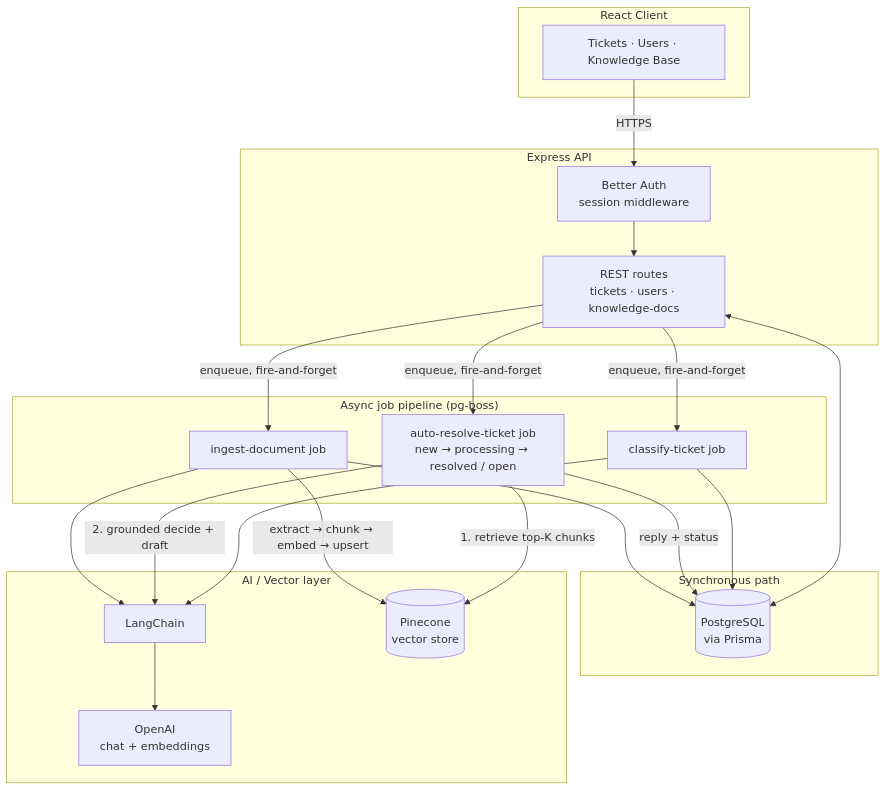
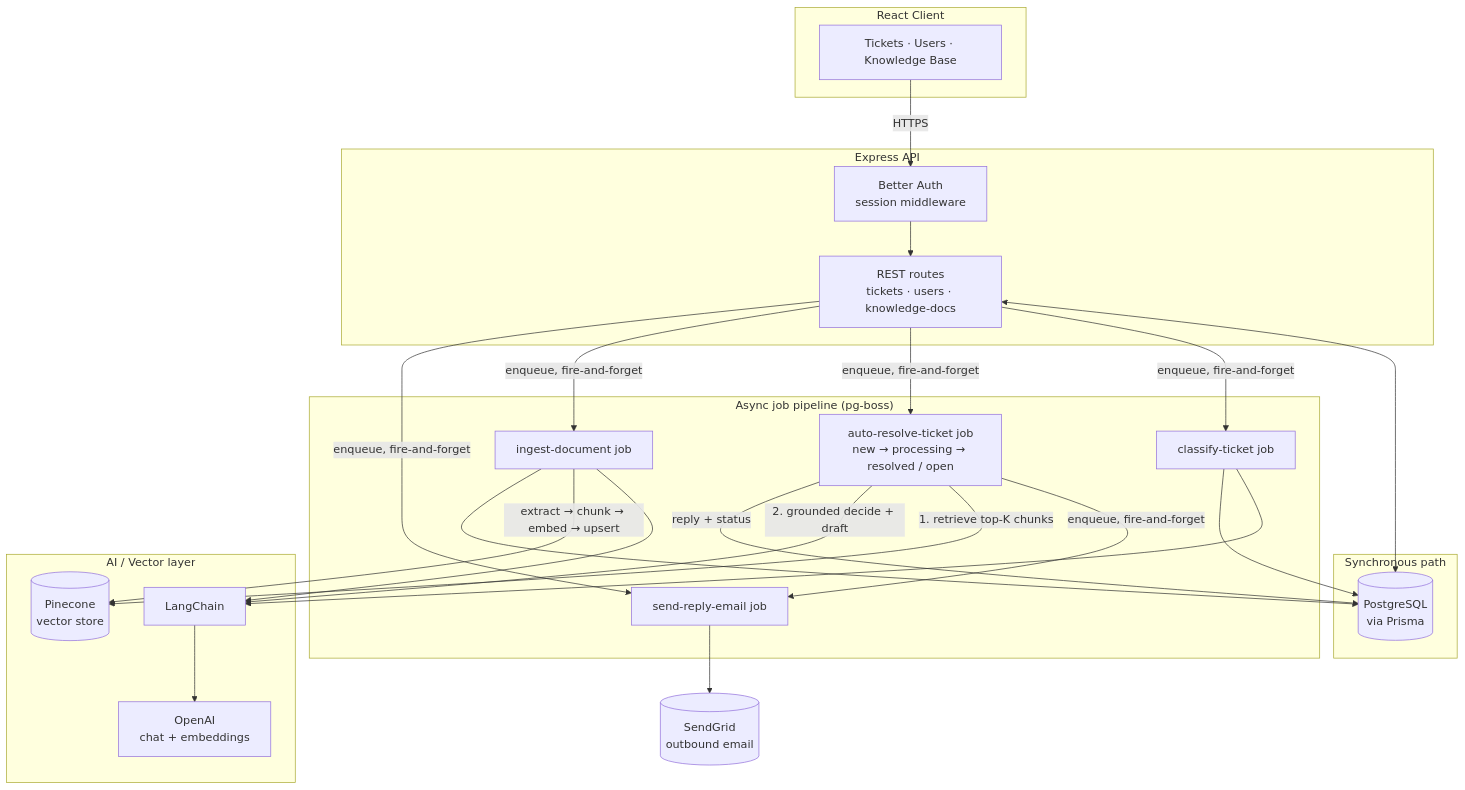
Before and after one commit to Shaz-gill/deskwise-app: the diagram in README.md, drawn with Mermaid. The commit also changed other lines of this file and 9 other files, not shown here.

Commit message:
feat(email): implement outbound email sending via SendGrid for ticket replies

````diff
--- a/README.md
+++ b/README.md
@@ -98,42 +99,48 @@
 ```mermaid
 flowchart TB
     subgraph Client["React Client"]
         UI[Tickets · Users · Knowledge Base]
     end
 
     subgraph API["Express API"]
         Auth[Better Auth<br/>session middleware]
         Routes[REST routes<br/>tickets · users · knowledge-docs]
     end
 
     subgraph Sync["Synchronous path"]
         DB[(PostgreSQL<br/>via Prisma)]
     end
 
     subgraph Async["Async job pipeline (pg-boss)"]
         ClassifyJob[classify-ticket job]
         AutoResolveJob["auto-resolve-ticket job<br/>new → processing → resolved / open"]
         IngestJob[ingest-document job]
+        EmailJob[send-reply-email job]
     end
 
     subgraph AI["AI / Vector layer"]
         LC[LangChain]
         OpenAI[OpenAI<br/>chat + embeddings]
         Pinecone[(Pinecone<br/>vector store)]
     end
 
+    SendGrid[(SendGrid<br/>outbound email)]
+
     UI -->|HTTPS| Auth --> Routes
     Routes <--> DB
     Routes -->|enqueue, fire-and-forget| ClassifyJob
     Routes -->|enqueue, fire-and-forget| AutoResolveJob
     Routes -->|enqueue, fire-and-forget| IngestJob
+    Routes -->|enqueue, fire-and-forget| EmailJob
+    AutoResolveJob -->|enqueue, fire-and-forget| EmailJob
     ClassifyJob --> LC
     AutoResolveJob -->|1. retrieve top-K chunks| Pinecone
     AutoResolveJob -->|2. grounded decide + draft| LC
     IngestJob --> LC
     LC --> OpenAI
     IngestJob -->|extract → chunk → embed → upsert| Pinecone
     ClassifyJob --> DB
     AutoResolveJob -->|reply + status| DB
     IngestJob --> DB
+    EmailJob --> SendGrid
 ```
````
